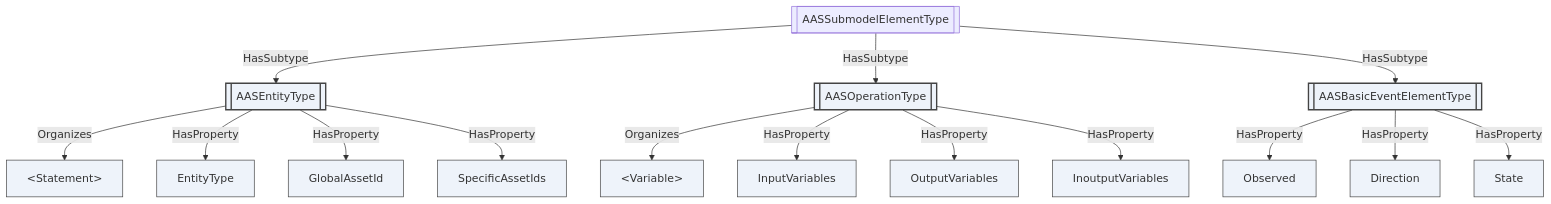
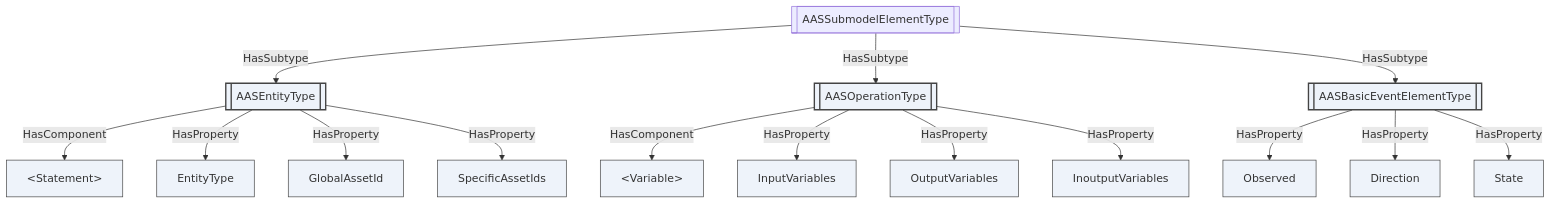
One commit to marcschier/opcua-drafts changed the tenth of 15 diagrams in companion-specs/AAS/OPC-UA-AAS.md. Above: the diagram before and after it, drawn with Mermaid. The commit also changed other lines of this file and 307 other files, not shown here.

````diff
--- a/companion-specs/AAS/OPC-UA-AAS.md
+++ b/companion-specs/AAS/OPC-UA-AAS.md
@@ -797,38 +855,38 @@
 ```mermaid
 flowchart TD
   SET[[AASSubmodelElementType]]:::objecttype,abstract
   ENT[[AASEntityType]]:::objecttype
   OPR[[AASOperationType]]:::objecttype
   BEE[[AASBasicEventElementType]]:::objecttype
   STM[&lt;Statement&gt;]:::object
   VAR[&lt;Variable&gt;]:::object
   ETY[EntityType]:::variable
   GAI[GlobalAssetId]:::variable
   SAI[SpecificAssetIds]:::variable
   IN[InputVariables]:::variable
   OUT[OutputVariables]:::variable
   INO[InoutputVariables]:::variable
   OBS[Observed]:::variable
   DIR[Direction]:::variable
   STA[State]:::variable
 
   SET -->|HasSubtype| ENT
   SET -->|HasSubtype| OPR
   SET -->|HasSubtype| BEE
-  ENT -->|Organizes| STM
-  OPR -->|Organizes| VAR
+  ENT -->|HasComponent| STM
+  OPR -->|HasComponent| VAR
   ENT -->|HasProperty| ETY
   ENT -->|HasProperty| GAI
   ENT -->|HasProperty| SAI
   OPR -->|HasProperty| IN
   OPR -->|HasProperty| OUT
   OPR -->|HasProperty| INO
   BEE -->|HasProperty| OBS
   BEE -->|HasProperty| DIR
   BEE -->|HasProperty| STA
 
   classDef object fill:#eef3fa,stroke:#444
   classDef variable fill:#eef3fa,stroke:#444
   classDef objecttype fill:#eef3fa,stroke:#444,stroke-width:2px
   classDef abstract fill:#eef3fa,stroke:#444,stroke-width:2px,font-style:italic
 ```
````
